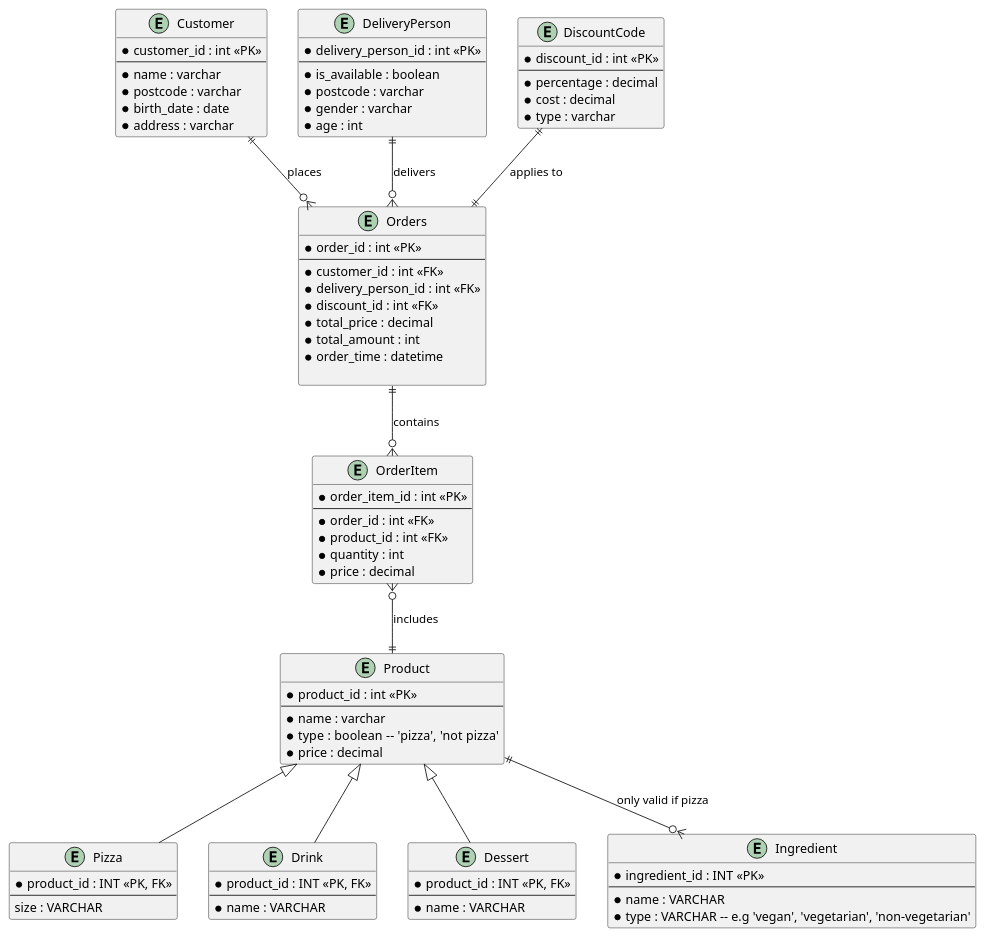
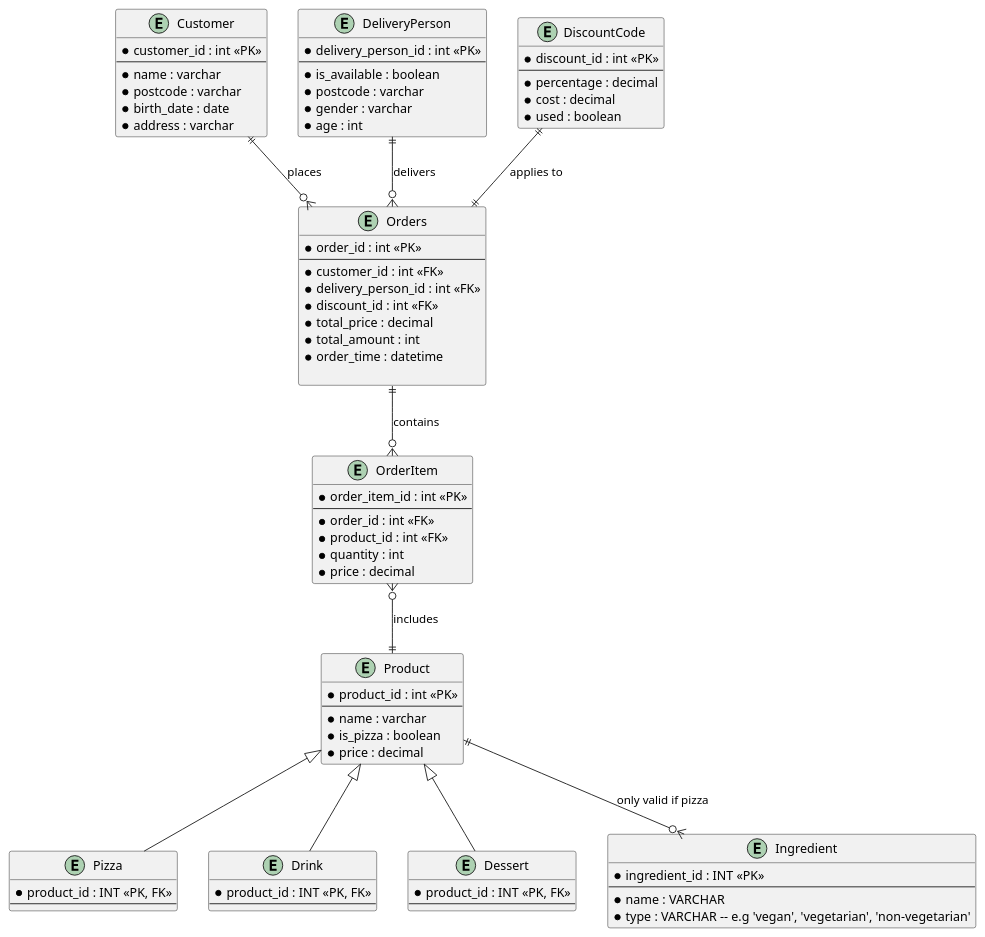
Before and after one commit to DylanTran1808/Database-Project: the diagram in ERD.puml, drawn with PlantUML. The commit also changed 5 other files, not shown here.

```diff
--- a/ERD.puml
+++ b/ERD.puml
@@ -1,105 +1,102 @@
 @startuml Entity-Relationship-Diagram
 
 ' -- Entities based on the SQL schema --
 
 entity "Product" as product {
   * product_id : int <<PK>>
   --
   * name : varchar
-  * type : boolean  -- 'pizza', 'not pizza'
+  * is_pizza : boolean
   * price : decimal
 }
 
 entity "Pizza" as P {
   * product_id : INT <<PK, FK>>
   --
-  size : VARCHAR
 }
 
 entity "Drink" as drink {
   * product_id : INT <<PK, FK>>
   --
-  * name : VARCHAR
 }
 
 entity "Dessert" as dessert {
   * product_id : INT <<PK, FK>>
   --
-  * name : VARCHAR
 }
 
 entity "OrderItem" as OI {
   * order_item_id : int <<PK>>
   --
   * order_id : int <<FK>> 
   * product_id : int <<FK>>
   * quantity : int
   * price : decimal
 }
 
 entity "Orders" as O {
   * order_id : int <<PK>>
   --
   * customer_id : int <<FK>>
   * delivery_person_id : int <<FK>>
   * discount_id : int <<FK>>
   * total_price : decimal
   * total_amount : int
   * order_time : datetime
 
 }
 
 ' -- Other existing entities (assumed) --
 
 entity "Customer" as customer {
   * customer_id : int <<PK>>
   --
   * name : varchar
   * postcode : varchar
   * birth_date : date
   * address : varchar
 }
 
 entity "DeliveryPerson" as DP {
   * delivery_person_id : int <<PK>>
   --
   * is_available : boolean
   * postcode : varchar
   * gender : varchar
   * age : int
 }
 
 entity "DiscountCode" as DC {
   * discount_id : int <<PK>>
   --
   * percentage : decimal
   * cost : decimal
-  * type : varchar
+  * used : boolean
 }
 
 entity "Ingredient" as I {
   * ingredient_id : INT <<PK>>
   --
   * name : VARCHAR
   * type : VARCHAR -- e.g 'vegan', 'vegetarian', 'non-vegetarian'
 }
 
 
 ' -- Relationships --
 
 ' Inheritance: Pizza, Drink, and Dessert are types of Product
 product <|-- P
 product <|-- drink
 product <|-- dessert
 
 ' Core order relationships
 customer ||--o{ O : places
 O      ||--o{ OI : contains
 OI     }o--|| product : includes
 DP     ||--o{ O : delivers
 
 ' Other relationships (assumed)
 product ||--o{ I : "only valid if pizza"
 DC ||--|| O : "applies to"
 
 @enduml
```
